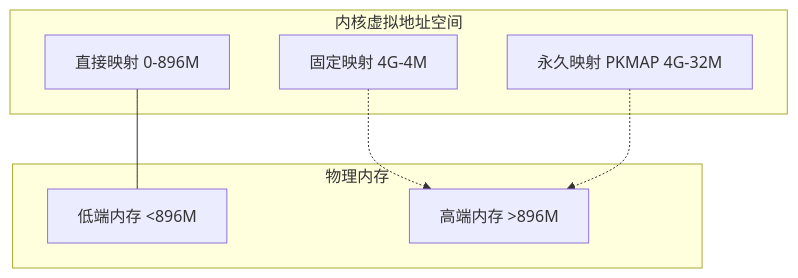
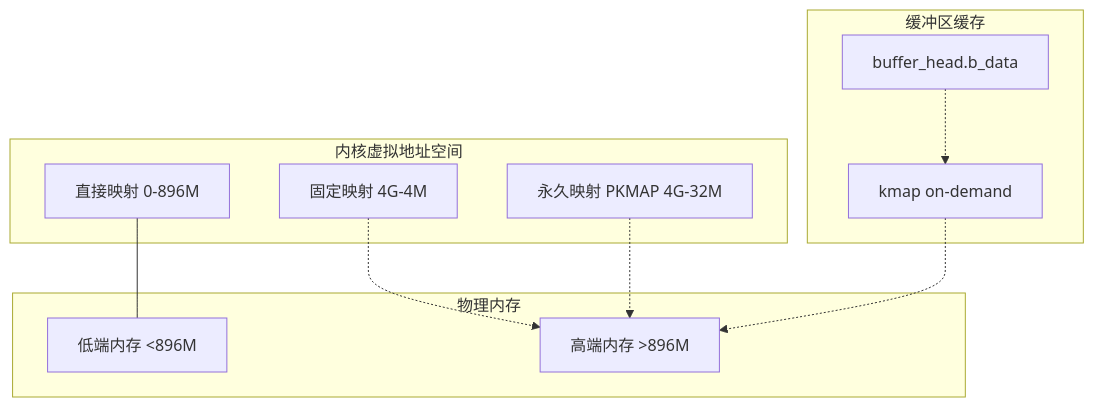
The second of 9 diagrams in .qoder/repowiki/zh/content/系统架构/内存架构设计/物理内存管理/高端内存支持.md (skcodestack/LulaOS), drawn with Mermaid before and after one commit. The commit also changed other lines of this file and 19 other files, not shown here.

````diff
--- a/.qoder/repowiki/zh/content/系统架构/内存架构设计/物理内存管理/高端内存支持.md
+++ b/.qoder/repowiki/zh/content/系统架构/内存架构设计/物理内存管理/高端内存支持.md
@@ -98,15 +119,20 @@
 ```mermaid
 graph TB
 subgraph "内核虚拟地址空间"
 D["直接映射 0-896M"]
 F["固定映射 4G-4M"]
 P["永久映射 PKMAP 4G-32M"]
 end
 subgraph "物理内存"
 L["低端内存 <896M"]
 H["高端内存 >896M"]
 end
+subgraph "缓冲区缓存"
+BC["buffer_head.b_data"]
+KM["kmap on-demand"]
+end
 D --- L
 F -.-> H
 P -.-> H
+BC -.-> KM -.-> H
 ```
````
